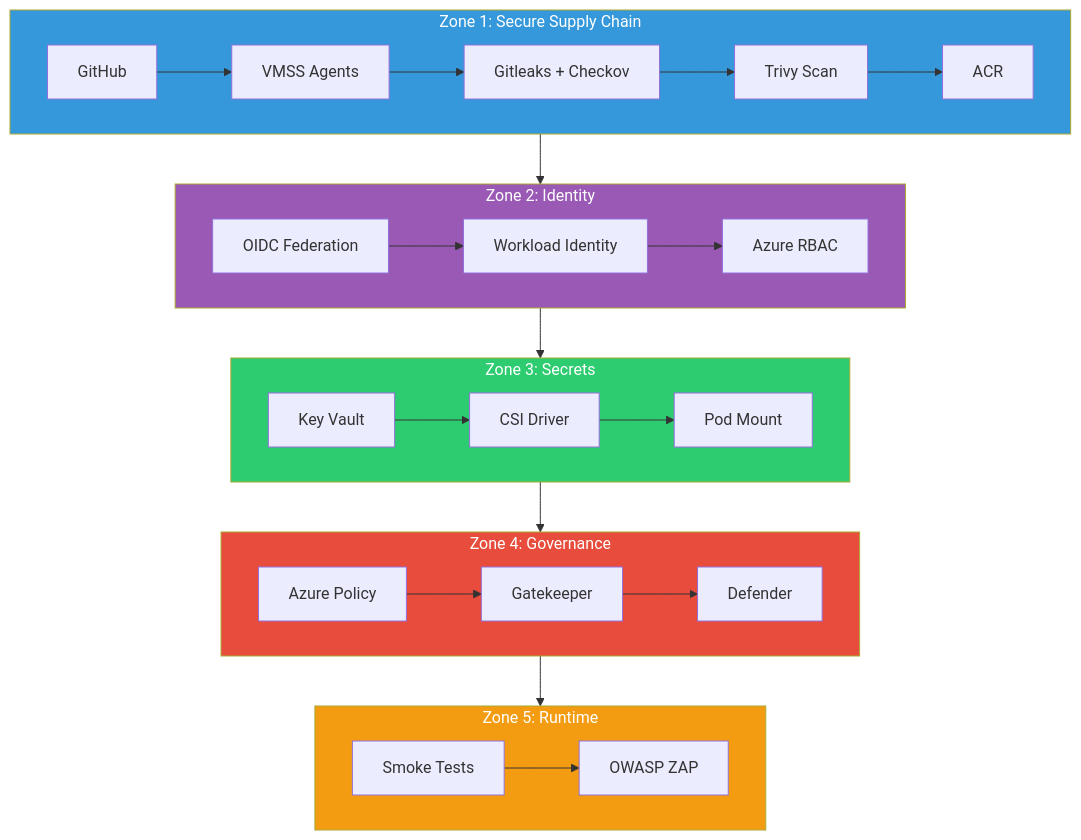
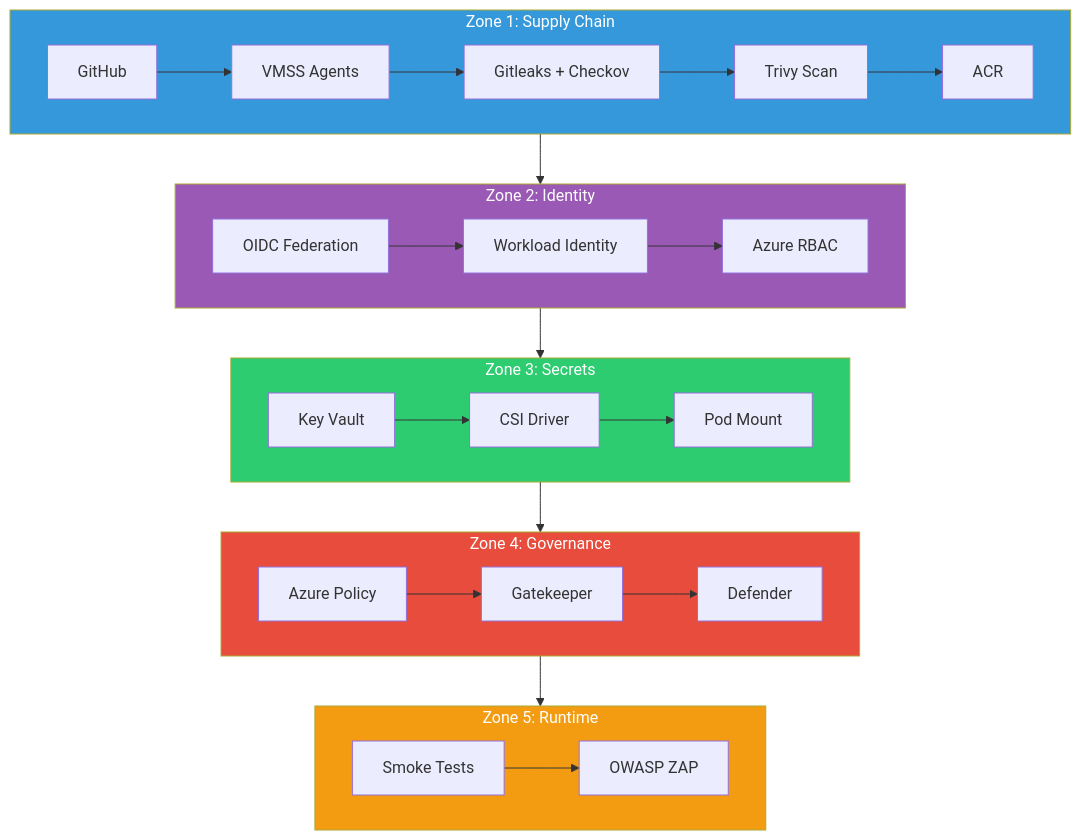
Before and after one commit to Shrinet82/zero-trust-devsecops: the second of 3 diagrams in README.md, drawn with Mermaid. The commit also changed other lines of this file, not shown here.

Commit message:
fix: Quote all Mermaid labels and shorten Zone 1 title

````diff
--- a/README.md
+++ b/README.md
@@ -75,36 +75,36 @@
 ```mermaid
 graph TB
-    subgraph Z1["Zone 1: Secure Supply Chain"]
+    subgraph Z1["Zone 1: Supply Chain"]
         Z1A[GitHub] --> Z1B[VMSS Agents]
         Z1B --> Z1C[Gitleaks + Checkov]
         Z1C --> Z1D[Trivy Scan]
         Z1D --> Z1E[ACR]
     end
 
     subgraph Z2["Zone 2: Identity"]
         Z2A[OIDC Federation] --> Z2B[Workload Identity]
         Z2B --> Z2C[Azure RBAC]
     end
 
     subgraph Z3["Zone 3: Secrets"]
         Z3A[Key Vault] --> Z3B[CSI Driver]
         Z3B --> Z3C[Pod Mount]
     end
 
     subgraph Z4["Zone 4: Governance"]
         Z4A[Azure Policy] --> Z4B[Gatekeeper]
         Z4B --> Z4C[Defender]
     end
 
     subgraph Z5["Zone 5: Runtime"]
         Z5A[Smoke Tests] --> Z5B[OWASP ZAP]
     end
 
     Z1 --> Z2 --> Z3 --> Z4 --> Z5
 
     style Z1 fill:#3498db,color:#fff
     style Z2 fill:#9b59b6,color:#fff
     style Z3 fill:#2ecc71,color:#fff
     style Z4 fill:#e74c3c,color:#fff
     style Z5 fill:#f39c12,color:#fff
 ```
````
